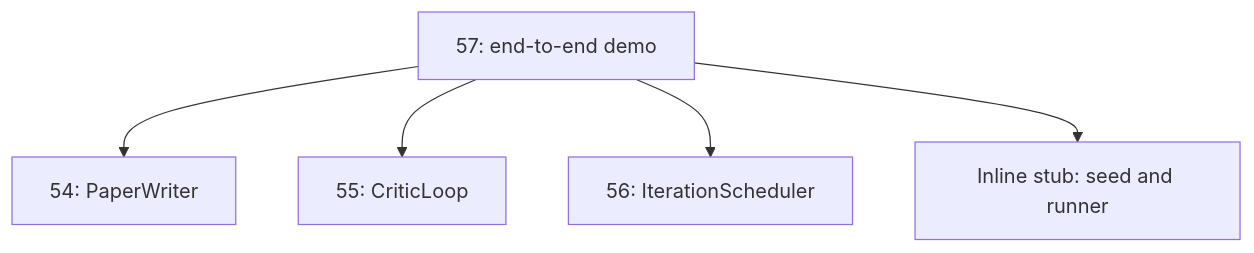
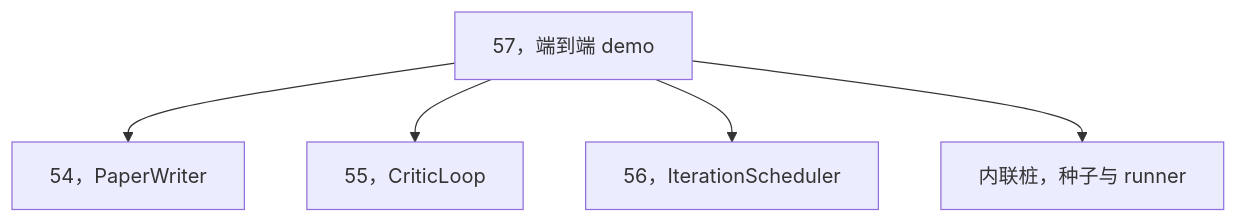
One commit to JerryC8080/ai-engineering-from-scratch-zh changed the second of 3 diagrams in phases/19-capstone-projects/57-end-to-end-research-demo/docs/zh.md. Above: the diagram before and after it, drawn with Mermaid. The commit also changed other lines of this file and 156 other files, not shown here.

First line of the commit message:
i18n(zh): translate mermaid diagram labels in 157 lesson zh.md

````diff
--- a/phases/19-capstone-projects/57-end-to-end-research-demo/docs/zh.md
+++ b/phases/19-capstone-projects/57-end-to-end-research-demo/docs/zh.md
@@ -41,7 +41,7 @@
 ```mermaid
 flowchart TB
-    Demo[57: end-to-end demo] --> A[54: PaperWriter]
-    Demo --> B[55: CriticLoop]
-    Demo --> C[56: IterationScheduler]
-    Demo --> Inline[Inline stub: seed and runner]
+    Demo[57，端到端 demo] --> A[54，PaperWriter]
+    Demo --> B[55，CriticLoop]
+    Demo --> C[56，IterationScheduler]
+    Demo --> Inline[内联桩，种子与 runner]
 ```
````
